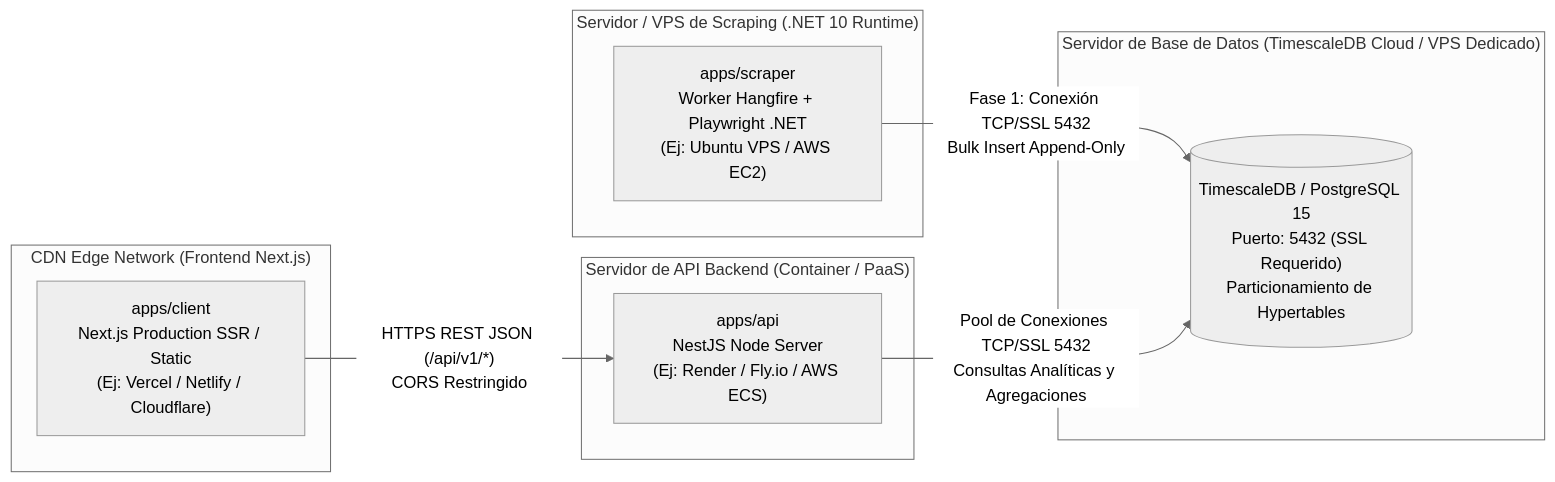
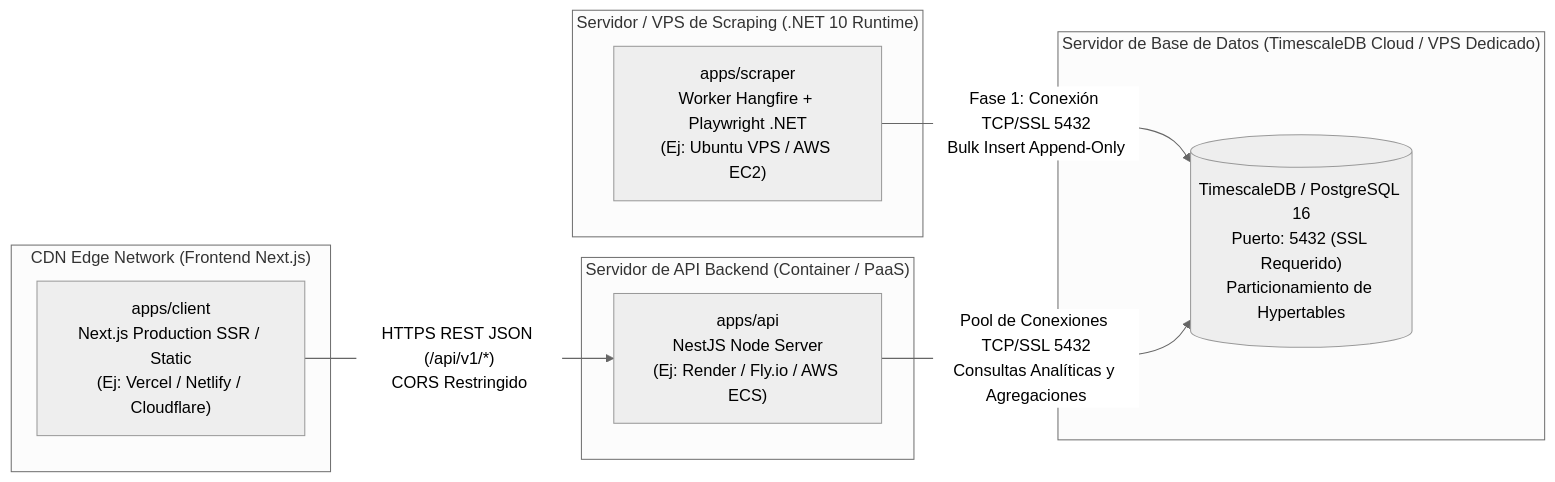
One commit to No-Country-simulation/S10-26-EQUIPO-2-PriceScope changed the fourth of 4 diagrams in docs/01-analisis/05-Software-Architecture-Pipeline.md. Above: the diagram before and after it, drawn with Mermaid (neutral theme). The commit also changed other lines of this file, not shown here.

Commit message:
feat(docs): update architecture specification to PostgreSQL 16 and add operational table `scrape_runs`

````diff
--- a/docs/01-analisis/05-Software-Architecture-Pipeline.md
+++ b/docs/01-analisis/05-Software-Architecture-Pipeline.md
@@ -345,22 +355,22 @@
 ```mermaid
 flowchart LR
     subgraph SrvScraper ["Servidor / VPS de Scraping (.NET 10 Runtime)"]
         W_SCRAP["apps/scraper<br/>Worker Hangfire + Playwright .NET<br/>(Ej: Ubuntu VPS / AWS EC2)"]
     end
 
     subgraph SrvDB ["Servidor de Base de Datos (TimescaleDB Cloud / VPS Dedicado)"]
-        TDB[("TimescaleDB / PostgreSQL 15<br/>Puerto: 5432 (SSL Requerido)<br/>Particionamiento de Hypertables")]
+        TDB[("TimescaleDB / PostgreSQL 16<br/>Puerto: 5432 (SSL Requerido)<br/>Particionamiento de Hypertables")]
     end
 
     subgraph SrvBackend ["Servidor de API Backend (Container / PaaS)"]
         B_API["apps/api<br/>NestJS Node Server<br/>(Ej: Render / Fly.io / AWS ECS)"]
     end
 
     subgraph SrvFrontend ["CDN Edge Network (Frontend Next.js)"]
         F_SPA["apps/client<br/>Next.js Production SSR / Static<br/>(Ej: Vercel / Netlify / Cloudflare)"]
     end
 
     W_SCRAP -->|"Fase 1: Conexión TCP/SSL 5432<br/>Bulk Insert Append-Only"| TDB
     B_API -->|"Pool de Conexiones TCP/SSL 5432<br/>Consultas Analíticas y Agregaciones"| TDB
     F_SPA -->|"HTTPS REST JSON (/api/v1/*)<br/>CORS Restringido"| B_API
 ```
````
